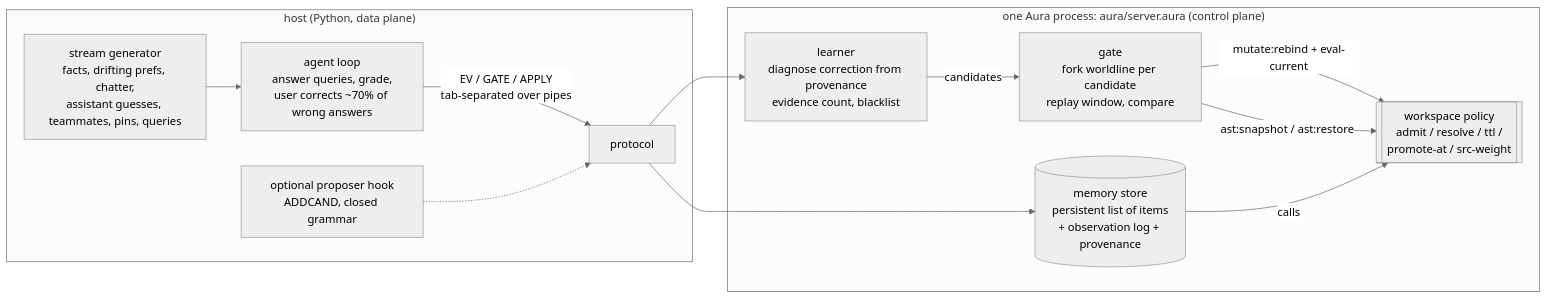
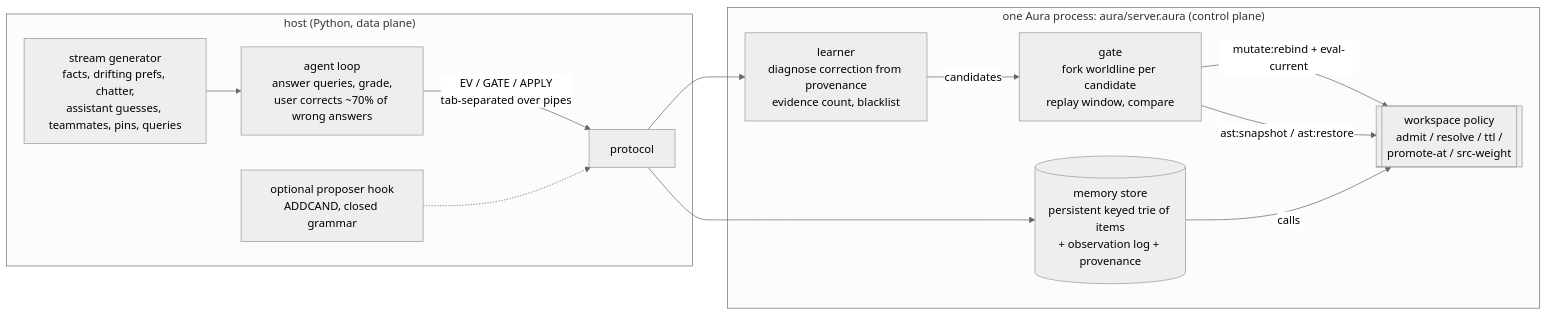
The diagram in README.md (cybrid-systems/aura-memory), drawn with Mermaid (neutral theme) before and after one commit. The commit also changed other lines of this file and 10 other files, not shown here.

````diff
--- a/README.md
+++ b/README.md
@@ -27,16 +27,16 @@
 ```mermaid
 flowchart LR
   subgraph Host["host (Python, data plane)"]
     S[stream generator<br/>facts, drifting prefs, chatter,<br/>assistant guesses, teammates, pins, queries] --> A[agent loop<br/>answer queries, grade,<br/>user corrects ~70% of wrong answers]
     A -->|EV / GATE / APPLY<br/>tab-separated over pipes| P
     P2[optional proposer hook<br/>ADDCAND, closed grammar] -.-> P
   end
   subgraph Aura["one Aura process: aura/server.aura (control plane)"]
-    P[protocol] --> M[(memory store<br/>persistent list of items<br/>+ observation log + provenance)]
+    P[protocol] --> M[(memory store<br/>persistent keyed trie of items<br/>+ observation log + provenance)]
     P --> L[learner<br/>diagnose correction from provenance<br/>evidence count, blacklist]
     L -->|candidates| G[gate<br/>fork worldline per candidate<br/>replay window, compare]
     G -->|mutate:rebind + eval-current| W[[workspace policy<br/>admit / resolve / ttl /<br/>promote-at / src-weight]]
     G -->|ast:snapshot / ast:restore| W
     M -->|calls| W
   end
 ```
````
